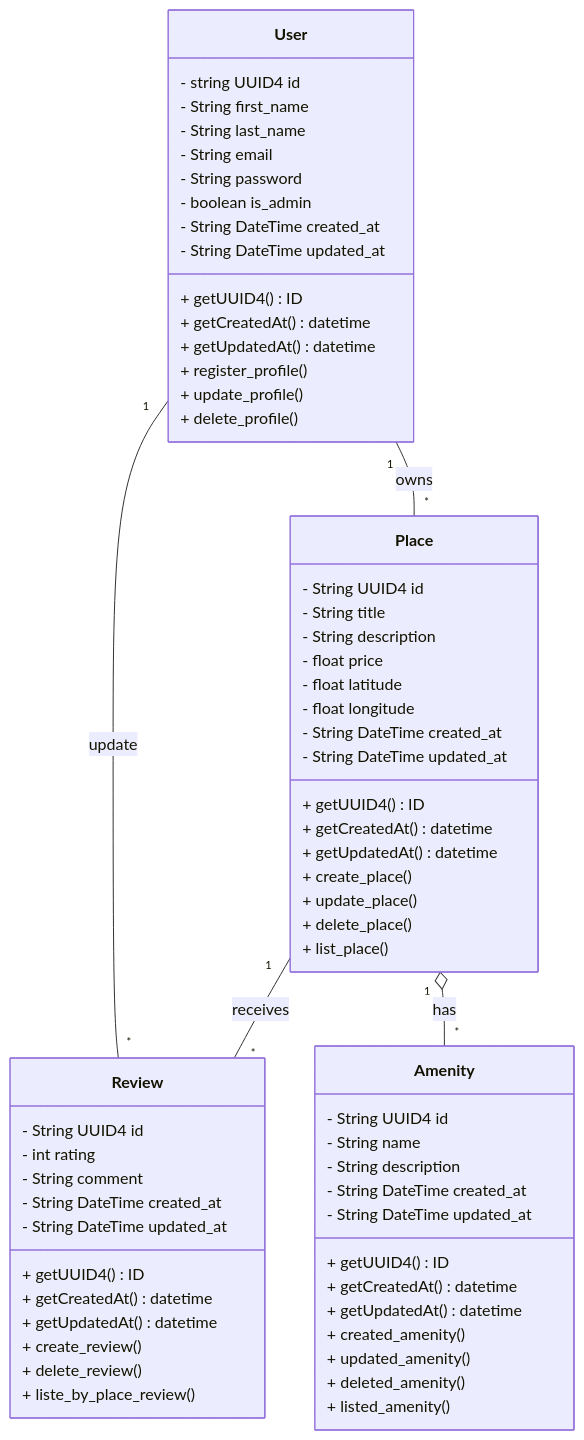
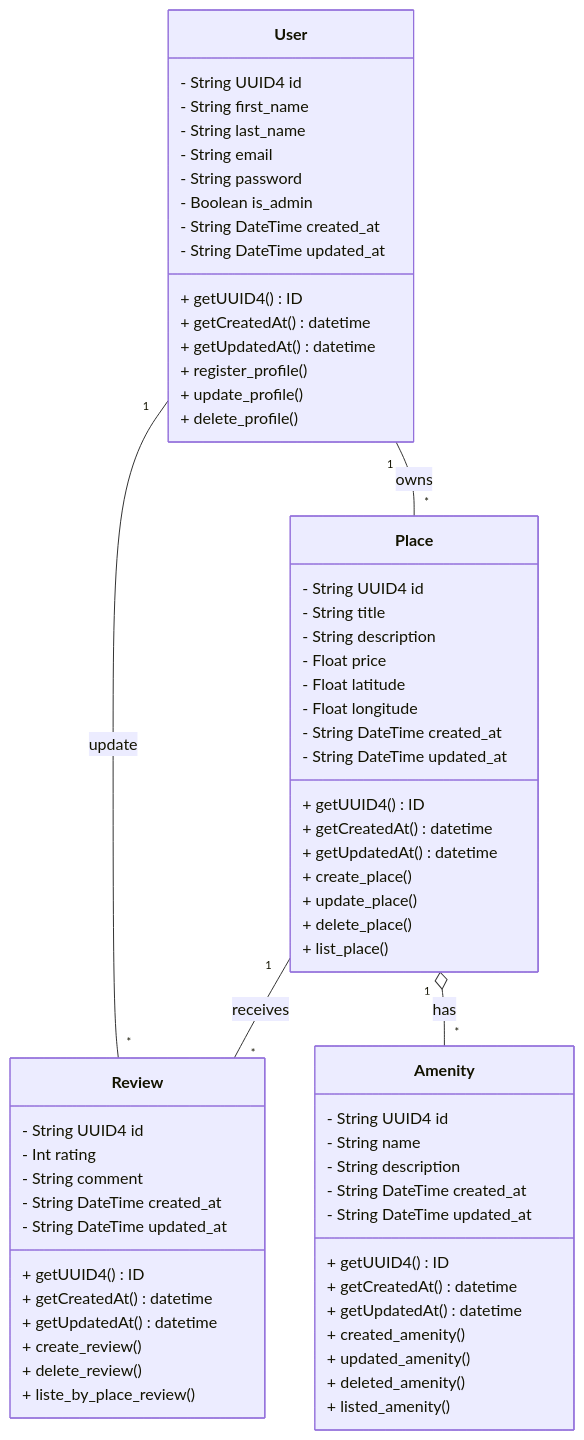
Before and after one commit to SDINAHET/HBnB: the third of 7 diagrams in Part1_UML/README.md, drawn with Mermaid. The commit also changed other lines of this file and 25 other files, not shown here.

Commit message:
update pdf diagrams

````diff
--- a/Part1_UML/README.md
+++ b/Part1_UML/README.md
@@ -66,71 +66,71 @@
 ```mermaid
 classDiagram
     class User {
-        - string UUID4 id
+        - String UUID4 id
         - String first_name
         - String last_name
         - String email
         - String password
-        - boolean is_admin
+        - Boolean is_admin
         - String DateTime created_at
         - String DateTime updated_at
         + getUUID4() ID
         + getCreatedAt() datetime
         + getUpdatedAt() datetime
         + register_profile()
         + update_profile()
         + delete_profile()
     }
 
     class Place {
         - String UUID4 id
         - String title
         - String description
-        - float price
-        - float latitude
-        - float longitude
+        - Float price
+        - Float latitude
+        - Float longitude
         - String DateTime created_at
         - String DateTime updated_at
         + getUUID4() ID
         + getCreatedAt() datetime
         + getUpdatedAt() datetime
         + create_place()
         + update_place()
         + delete_place()
 		+ list_place()
     }
 
     class Review {
         - String UUID4 id
-        - int rating
+        - Int rating
         - String comment
         - String DateTime created_at
         - String DateTime updated_at
         + getUUID4() ID
         + getCreatedAt() datetime
         + getUpdatedAt() datetime
         + create_review()
         + delete_review()
         + liste_by_place_review()
     }
 
     class Amenity {
         - String UUID4 id
         - String name
         - String description
         - String DateTime created_at
         - String DateTime updated_at
         + getUUID4() ID
         + getCreatedAt() datetime
         + getUpdatedAt() datetime
         + created_amenity()
         + updated_amenity()
         + deleted_amenity()
         + listed_amenity()
     }
 
     User "1" -- "*" Place : owns
     User "1" -- "*" Review : update
     Place "1" -- "*" Review : receives
     Place "1" o-- "*" Amenity : has
 ```
````
